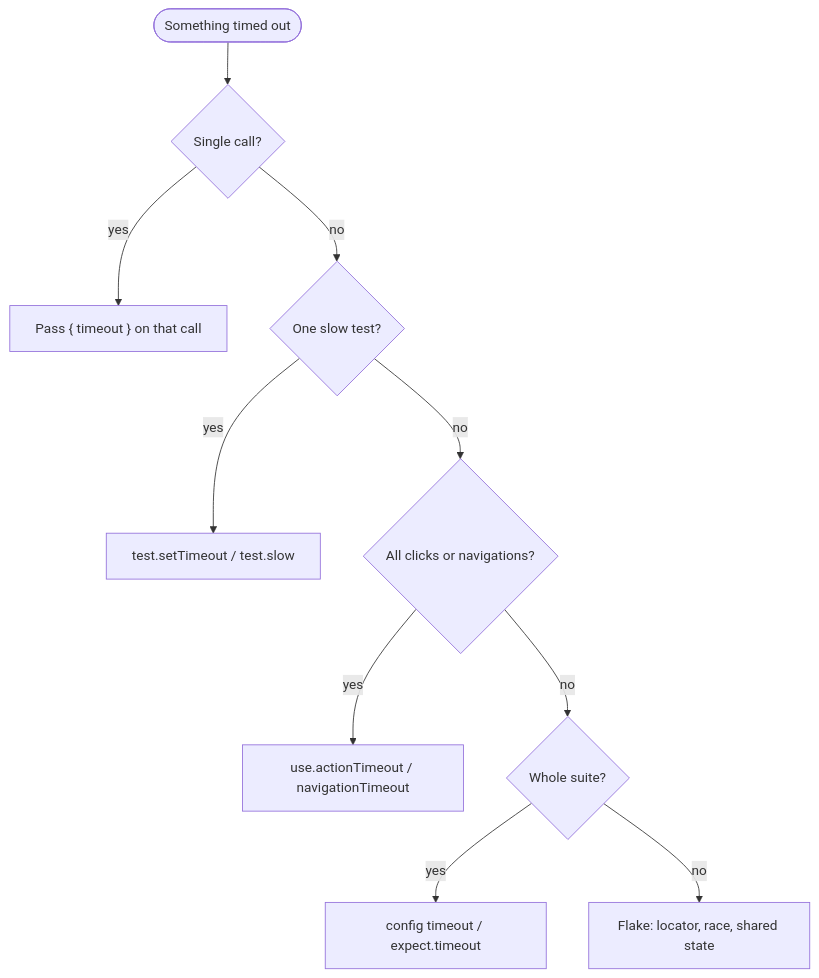
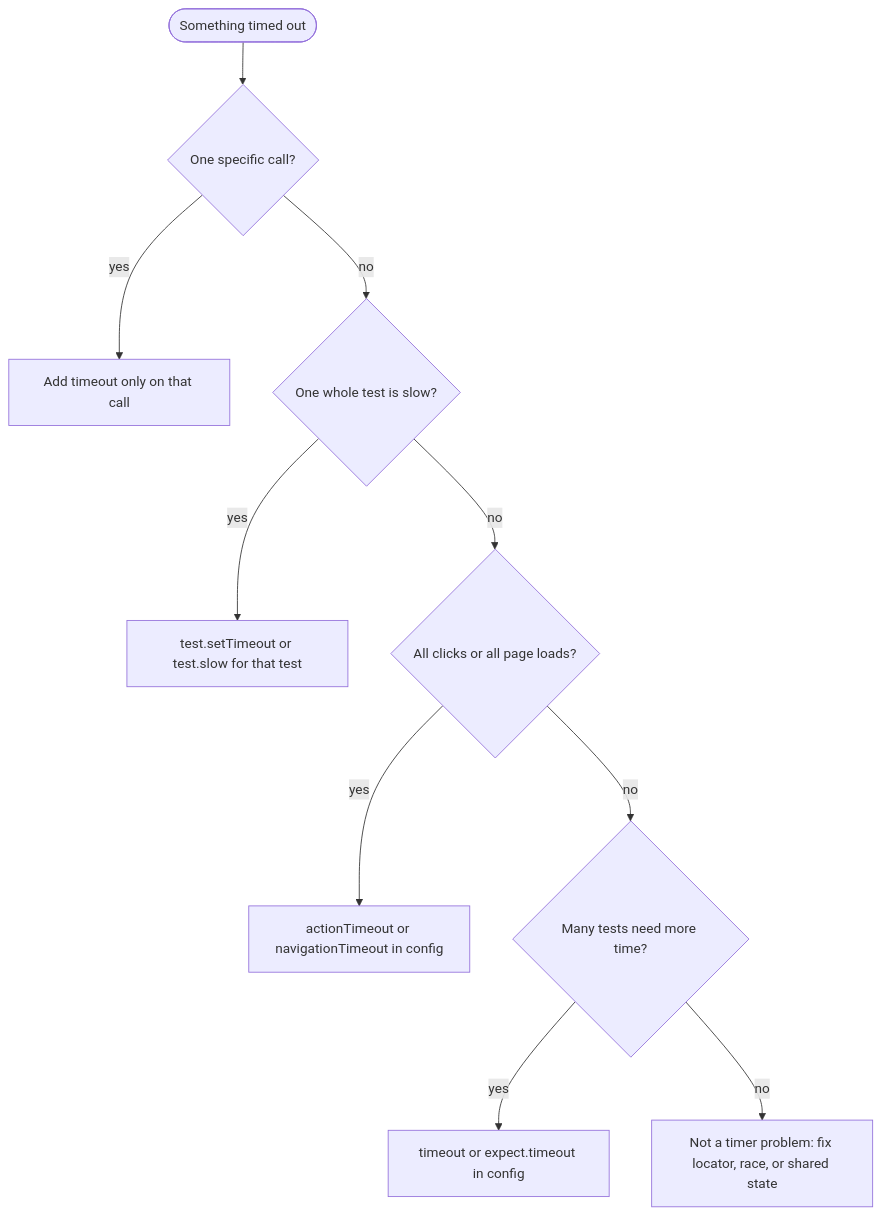
The fourth of 4 diagrams in _posts/2026-07-10-playwright-typescript-beginner-to-timeouts.md (veeresh-bikkaneti/techtalkwith-veeresh), drawn with Mermaid before and after one commit. The commit also changed other lines of this file and 9 other files, not shown here.

````diff
--- a/_posts/2026-07-10-playwright-typescript-beginner-to-timeouts.md
+++ b/_posts/2026-07-10-playwright-typescript-beginner-to-timeouts.md
@@ -509,12 +912,12 @@
 ```mermaid
 flowchart TD
-  Q([Something timed out]) --> A{Single call?}
-  A -->|yes| B["Pass { timeout } on that call"]
-  A -->|no| C{One slow test?}
-  C -->|yes| D[test.setTimeout / test.slow]
-  C -->|no| E{All clicks or navigations?}
-  E -->|yes| F[use.actionTimeout / navigationTimeout]
-  E -->|no| G{Whole suite?}
-  G -->|yes| H[config timeout / expect.timeout]
-  G -->|no| I[Flake: locator, race, shared state]
+  Q([Something timed out]) --> A{One specific call?}
+  A -->|yes| B["Add timeout only on that call"]
+  A -->|no| C{One whole test is slow?}
+  C -->|yes| D["test.setTimeout or test.slow for that test"]
+  C -->|no| E{All clicks or all page loads?}
+  E -->|yes| F["actionTimeout or navigationTimeout in config"]
+  E -->|no| G{Many tests need more time?}
+  G -->|yes| H["timeout or expect.timeout in config"]
+  G -->|no| I["Not a timer problem: fix locator, race, or shared state"]
 ```
````
